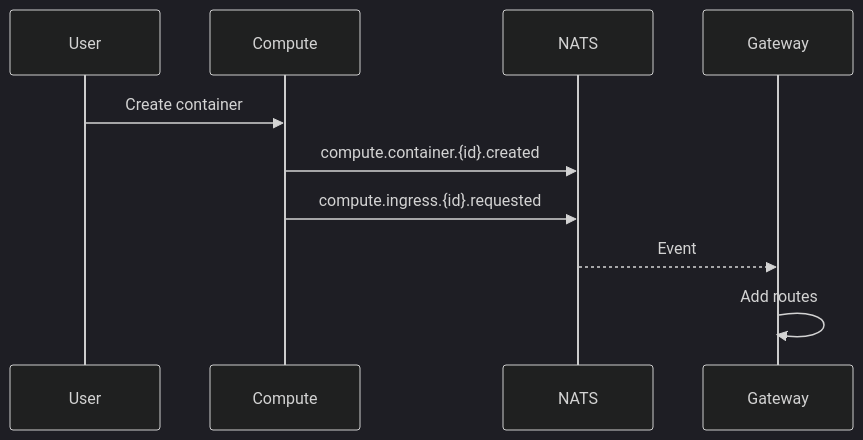
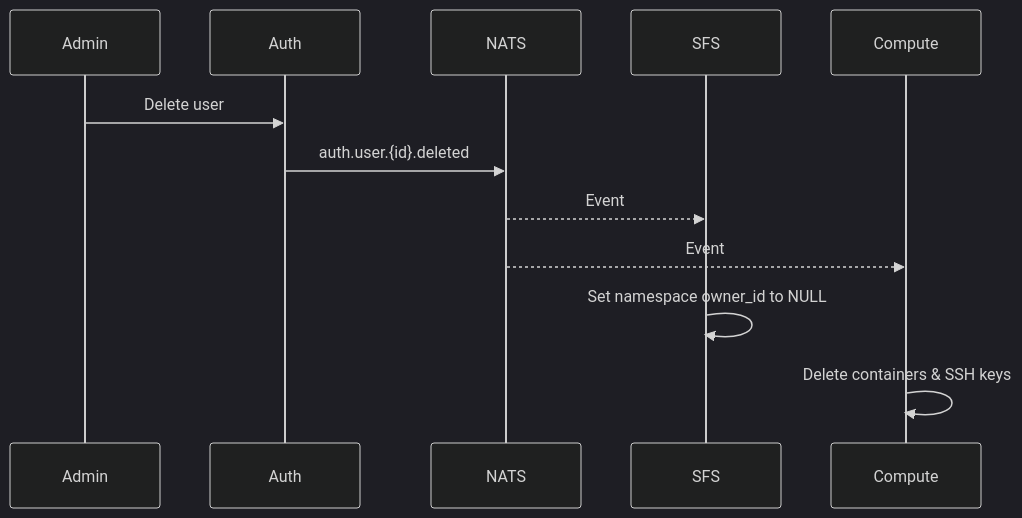
The second of 3 diagrams in docs/infrastructure/event-driven.md (EddisonSo/cloud), drawn with Mermaid (dark theme) before and after one commit. The commit also changed other lines of this file, not shown here.

First line of the commit message:
Update event-driven architecture documentation

````diff
--- a/docs/infrastructure/event-driven.md
+++ b/docs/infrastructure/event-driven.md
@@ -49,13 +65,15 @@
 ```mermaid
 sequenceDiagram
-    participant User
+    participant Admin
+    participant Auth
+    participant NATS
+    participant SFS
     participant Compute
-    participant NATS
-    participant Gateway
 
-    User->>Compute: Create container
-    Compute->>NATS: compute.container.{id}.created
-    Compute->>NATS: compute.ingress.{id}.requested
-    NATS-->>Gateway: Event
-    Gateway->>Gateway: Add routes
+    Admin->>Auth: Delete user
+    Auth->>NATS: auth.user.{id}.deleted
+    NATS-->>SFS: Event
+    NATS-->>Compute: Event
+    SFS->>SFS: Set namespace owner_id to NULL
+    Compute->>Compute: Delete containers & SSH keys
 ```
````
